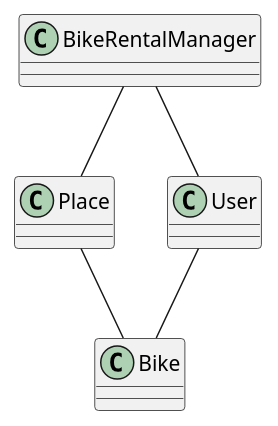
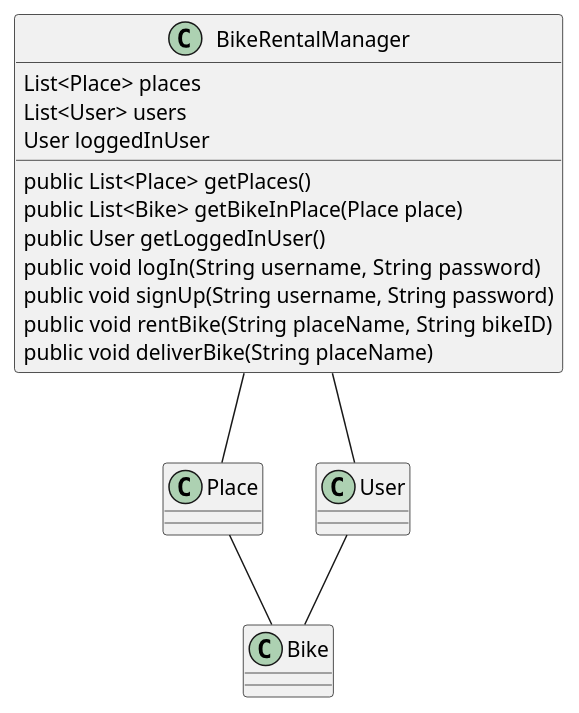
One commit to jonhallem/gr2247 changed the diagram in docs/release1/release1Dokumentasjon.md. Above: the diagram before and after it, drawn with PlantUML.

Commit message:
Oppdatere BikeRentalManager i klassediagrammet
Oppdatere BikeRentalManager med felt og metoder i klassediagrammet

````diff
--- a/docs/release1/release1Dokumentasjon.md
+++ b/docs/release1/release1Dokumentasjon.md
@@ -2,8 +2,21 @@
 ```plantuml
 @startuml
 BikeRentalManager -- Place
 BikeRentalManager -- User
 Place -- Bike
 User -- Bike
+
+Class BikeRentalManager {
+    List<Place> places
+    List<User> users
+    User loggedInUser
+    public List<Place> getPlaces()
+    public List<Bike> getBikeInPlace(Place place)
+    public User getLoggedInUser()
+    public void logIn(String username, String  password)
+    public void signUp(String username, String password)
+    public void rentBike(String placeName, String  bikeID)
+    public void deliverBike(String placeName)
+}
 @enduml
 ```
````
